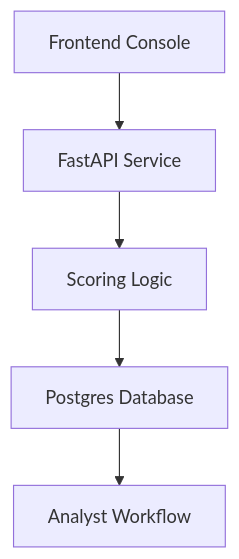
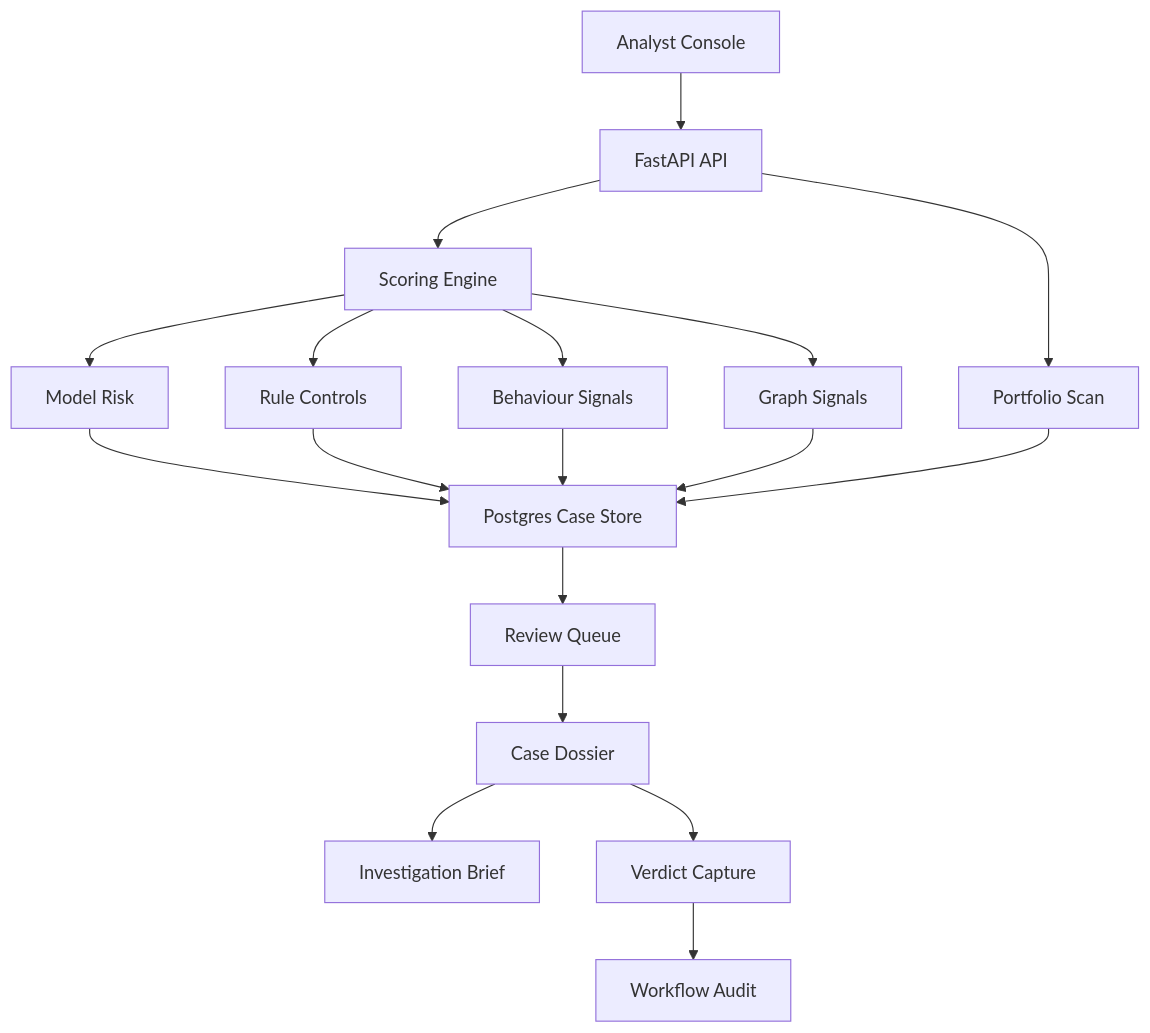
Before and after one commit to IjazKakkodDS/transaction-fraud-intelligence-console: the first of 6 diagrams in README.md, drawn with Mermaid. The commit also changed other lines of this file, not shown here.

Commit message:
Enhance README architecture and reviewer flow

````diff
--- a/README.md
+++ b/README.md
@@ -86,12 +101,34 @@
 ```mermaid
 graph TD
-A[Frontend Console]
-B[FastAPI Service]
-C[Scoring Logic]
-D[Postgres Database]
-E[Analyst Workflow]
+A[Analyst Console]
+B[FastAPI API]
+C[Scoring Engine]
+D[Model Risk]
+E[Rule Controls]
+F[Behaviour Signals]
+G[Graph Signals]
+H[Postgres Case Store]
+I[Review Queue]
+J[Case Dossier]
+K[Investigation Brief]
+L[Verdict Capture]
+M[Workflow Audit]
+N[Portfolio Scan]
 A --> B
 B --> C
+B --> N
 C --> D
-D --> E
+C --> E
+C --> F
+C --> G
+D --> H
+E --> H
+F --> H
+G --> H
+N --> H
+H --> I
+I --> J
+J --> K
+J --> L
+L --> M
 ```
````
